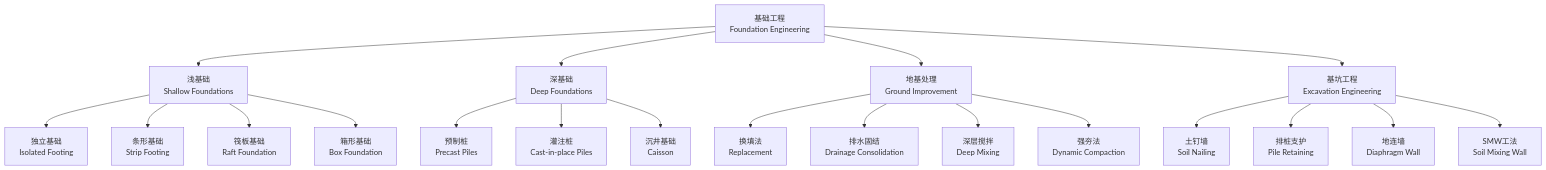
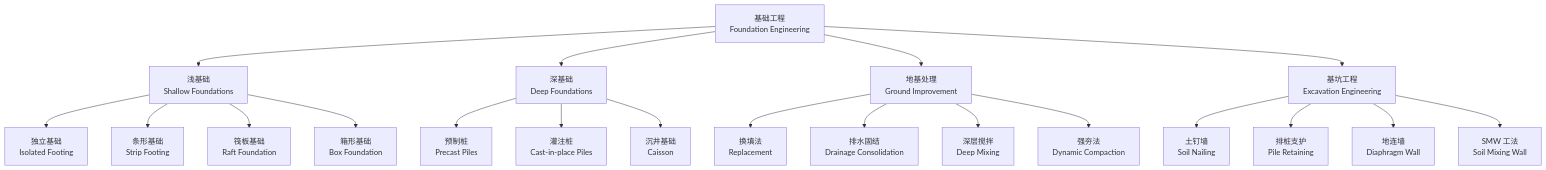
Before and after one commit to Tianshang301/TianshangKnowledgeBase: the diagram in 04_EngineeringAndTechnology/CivilEngineering/GeotechnicalEngineering/FoundationEngineering.md, drawn with Mermaid. The commit also changed other lines of this file and 2257 other files, not shown here.

````diff
--- a/04_EngineeringAndTechnology/CivilEngineering/GeotechnicalEngineering/FoundationEngineering.md
+++ b/04_EngineeringAndTechnology/CivilEngineering/GeotechnicalEngineering/FoundationEngineering.md
@@ -14,22 +16,22 @@
 ```mermaid
 flowchart TD
     FE[基础工程<br/>Foundation Engineering] --> SF[浅基础<br/>Shallow Foundations]
     FE --> DF[深基础<br/>Deep Foundations]
     FE --> GT[地基处理<br/>Ground Improvement]
     FE --> EX[基坑工程<br/>Excavation Engineering]
     SF --> SF1[独立基础<br/>Isolated Footing]
     SF --> SF2[条形基础<br/>Strip Footing]
     SF --> SF3[筏板基础<br/>Raft Foundation]
     SF --> SF4[箱形基础<br/>Box Foundation]
     DF --> DF1[预制桩<br/>Precast Piles]
     DF --> DF2[灌注桩<br/>Cast-in-place Piles]
     DF --> DF3[沉井基础<br/>Caisson]
     GT --> GT1[换填法<br/>Replacement]
     GT --> GT2[排水固结<br/>Drainage Consolidation]
     GT --> GT3[深层搅拌<br/>Deep Mixing]
     GT --> GT4[强夯法<br/>Dynamic Compaction]
     EX --> EX1[土钉墙<br/>Soil Nailing]
     EX --> EX2[排桩支护<br/>Pile Retaining]
     EX --> EX3[地连墙<br/>Diaphragm Wall]
-    EX --> EX4[SMW工法<br/>Soil Mixing Wall]
+    EX --> EX4[SMW 工法<br/>Soil Mixing Wall]
 ```
````
